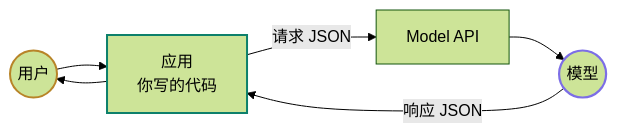
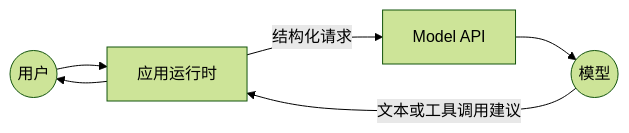
Before and after one commit to lance2016/ai-app-engineering: the first of 2 diagrams in lessons/setup/README.md, drawn with Mermaid (forest theme). The commit also changed other lines of this file and 28 other files, not shown here.

````diff
--- a/lessons/setup/README.md
+++ b/lessons/setup/README.md
@@ -55,14 +41,8 @@
 ```mermaid
 flowchart LR
-    classDef model stroke:#7c6ee6,stroke-width:2.2px
-    classDef runtime stroke:#0d806b,stroke-width:2px
-    classDef human stroke:#b88428,stroke-width:2px
-    U((用户)) --> A[应用<br/>你写的代码]
-    A -->|请求 JSON| G[Model API]
+    U((用户)) --> A[应用运行时]
+    A -->|结构化请求| G[Model API]
     G --> M((模型))
-    M -->|响应 JSON| A
+    M -->|文本或工具调用建议| A
     A --> U
-    class U human
-    class A runtime
-    class M model
 ```
````
